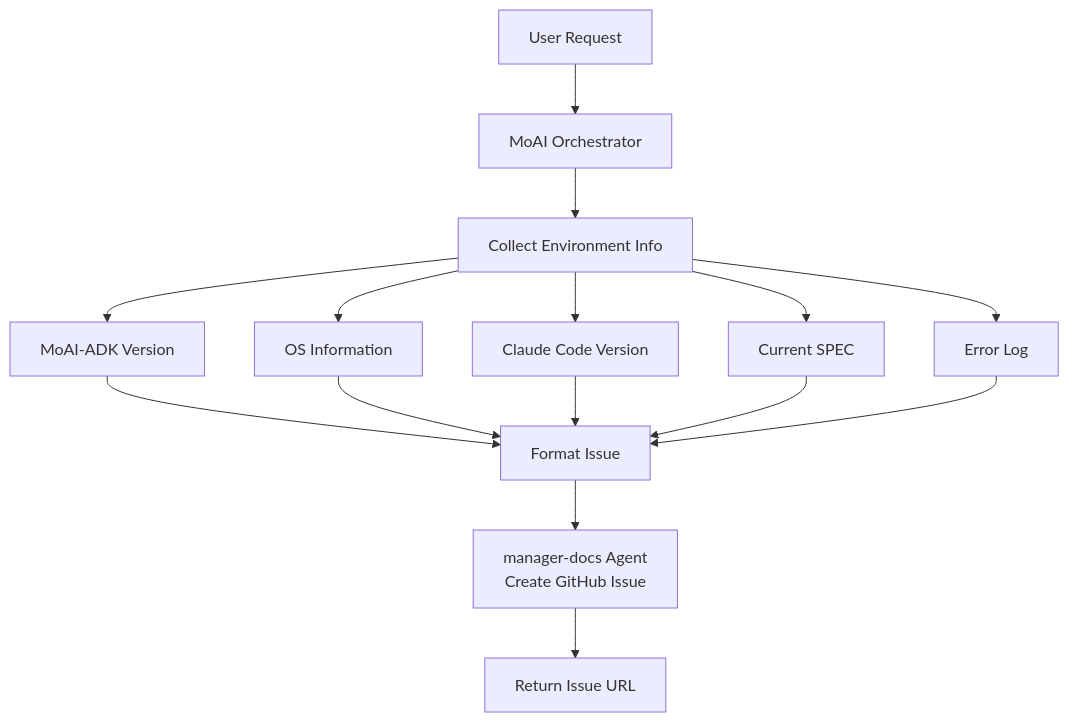
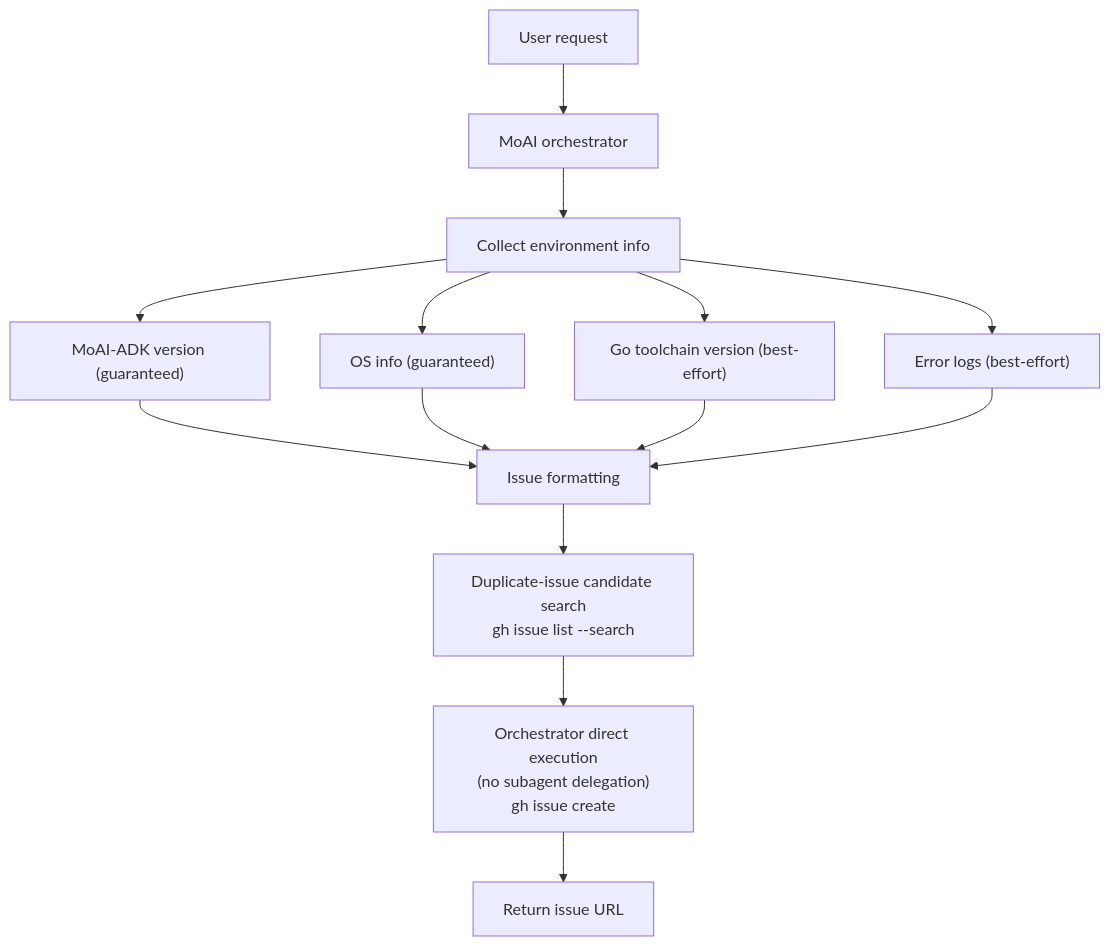
Before and after one commit to modu-ai/moai-adk: the second of 2 diagrams in docs-site/content/en/utility-commands/moai-feedback.md, drawn with Mermaid. The commit also changed other lines of this file and 395 other files, not shown here.

````diff
--- a/docs-site/content/en/utility-commands/moai-feedback.md
+++ b/docs-site/content/en/utility-commands/moai-feedback.md
@@ -150,20 +142,19 @@
 ```mermaid
 flowchart TD
-    User["User Request"] --> Orchestrator["MoAI Orchestrator"]
-    Orchestrator --> Collect["Collect Environment Info"]
+    User["User request"] --> Orchestrator["MoAI orchestrator"]
+    Orchestrator --> Collect["Collect environment info"]
 
-    Collect --> Info1["MoAI-ADK Version"]
-    Collect --> Info2["OS Information"]
-    Collect --> Info3["Claude Code Version"]
-    Collect --> Info4["Current SPEC"]
-    Collect --> Info5["Error Log"]
+    Collect --> Info1["MoAI-ADK version (guaranteed)"]
+    Collect --> Info2["OS info (guaranteed)"]
+    Collect --> Info3["Go toolchain version (best-effort)"]
+    Collect --> Info4["Error logs (best-effort)"]
 
-    Info1 --> Format["Format Issue"]
+    Info1 --> Format["Issue formatting"]
     Info2 --> Format
     Info3 --> Format
     Info4 --> Format
-    Info5 --> Format
 
-    Format --> GitHub["manager-docs Agent<br/>Create GitHub Issue"]
-    GitHub --> Complete["Return Issue URL"]
+    Format --> Dup["Duplicate-issue candidate search<br/>gh issue list --search"]
+    Dup --> GitHub["Orchestrator direct execution<br/>(no subagent delegation)<br/>gh issue create"]
+    GitHub --> Complete["Return issue URL"]
 ```
````
